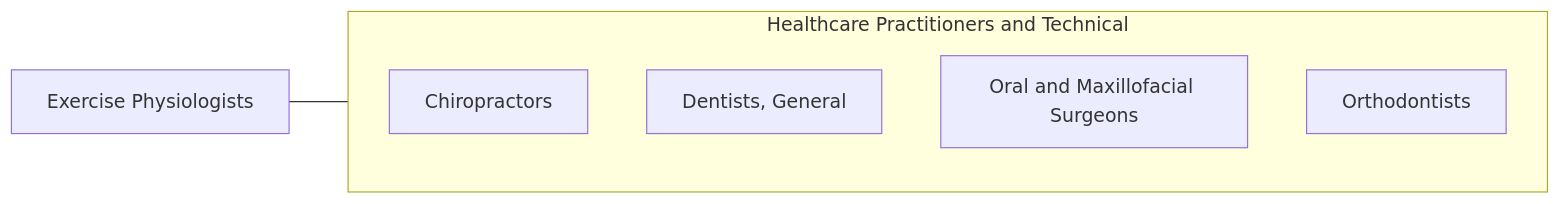
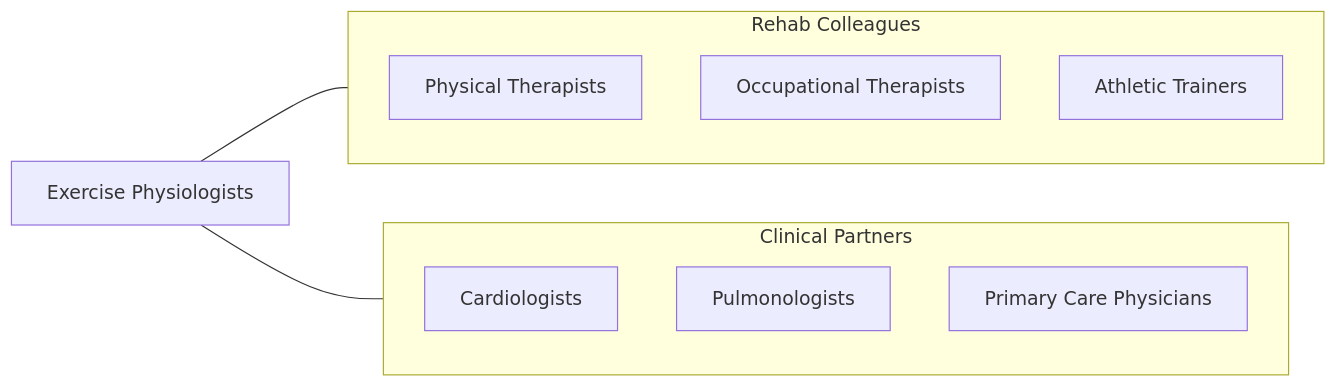
One commit to kziemski/business.org.ai changed the fourth of 4 diagrams in occupations/HealthcarePractitioners/ExercisePhysiologists.mdx. Above: the diagram before and after it, drawn with Mermaid. The commit also changed other lines of this file and 938 other files, not shown here.

````diff
--- a/occupations/HealthcarePractitioners/ExercisePhysiologists.mdx
+++ b/occupations/HealthcarePractitioners/ExercisePhysiologists.mdx
@@ -113,13 +184,19 @@
 ```mermaid
 graph LR
     Current["Exercise Physiologists"]
 
-    subgraph SameCategory["Healthcare Practitioners and Technical"]
-        Chiropractors["Chiropractors"]
-        DentistsGeneral["Dentists, General"]
-        OralAndMaxillofacial["Oral and Maxillofacial Surgeons"]
-        Orthodontists["Orthodontists"]
+    subgraph RehabTeam["Rehab Colleagues"]
+        PTs["Physical Therapists"]
+        OTs["Occupational Therapists"]
+        AthleticTrainers["Athletic Trainers"]
     end
 
-    Current --- SameCategory
+    subgraph Clinical["Clinical Partners"]
+        Cardiologists["Cardiologists"]
+        Pulmonologists["Pulmonologists"]
+        PrimaryCare["Primary Care Physicians"]
+    end
+
+    Current --- RehabTeam
+    Current --- Clinical
 ```
````
